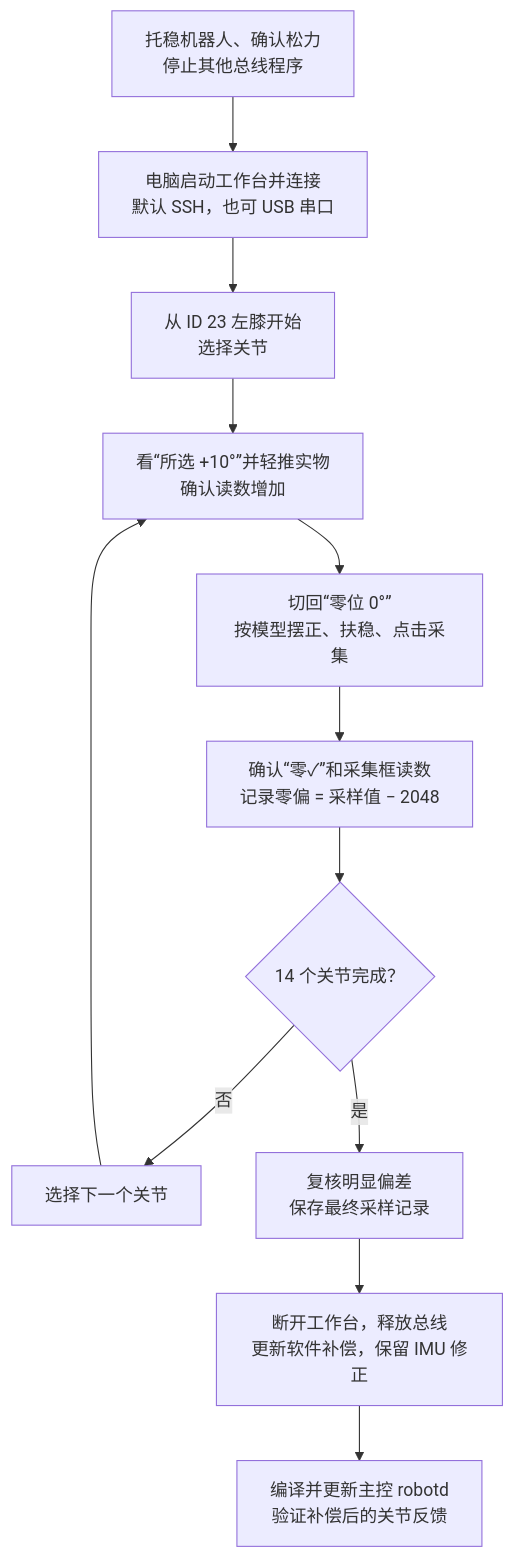
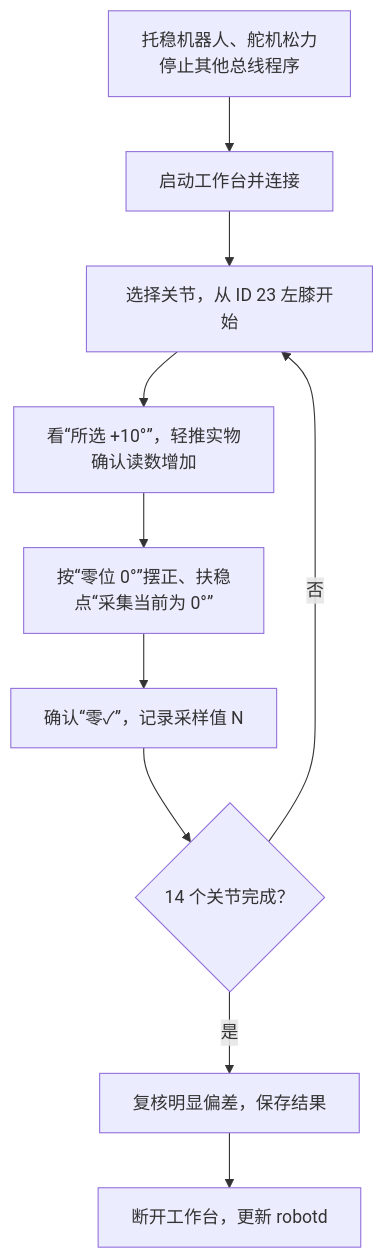
The diagram in README.md (jackwuwei/microduck-tools), drawn with Mermaid before and after one commit. The commit also changed other lines of this file and 1 other file, not shown here.

````diff
--- a/README.md
+++ b/README.md
@@ -233,14 +143,12 @@
 ```mermaid
 flowchart TD
-    A[托稳机器人、确认松力<br/>停止其他总线程序] --> B[电脑启动工作台并连接<br/>默认 SSH，也可 USB 串口]
-    B --> C[从 ID 23 左膝开始<br/>选择关节]
-    C --> D[看“所选 +10°”并轻推实物<br/>确认读数增加]
-    D --> E[切回“零位 0°”<br/>按模型摆正、扶稳、点击采集]
-    E --> F[确认“零✓”和采集框读数<br/>记录零偏 = 采样值 − 2048]
+    A[托稳机器人、舵机松力<br/>停止其他总线程序] --> B[启动工作台并连接]
+    B --> C[选择关节，从 ID 23 左膝开始]
+    C --> D[看“所选 +10°”，轻推实物<br/>确认读数增加]
+    D --> E[按“零位 0°”摆正、扶稳<br/>点“采集当前为 0°”]
+    E --> F[确认“零✓”，记录采样值 N]
     F --> G{14 个关节完成？}
-    G -- 否 --> H[选择下一个关节]
-    H --> D
-    G -- 是 --> I[复核明显偏差<br/>保存最终采样记录]
-    I --> J[断开工作台，释放总线<br/>更新软件补偿，保留 IMU 修正]
-    J --> K[编译并更新主控 robotd<br/>验证补偿后的关节反馈]
+    G -- 否 --> C
+    G -- 是 --> H[复核明显偏差，保存结果]
+    H --> I[断开工作台，更新 robotd]
 ```
````
